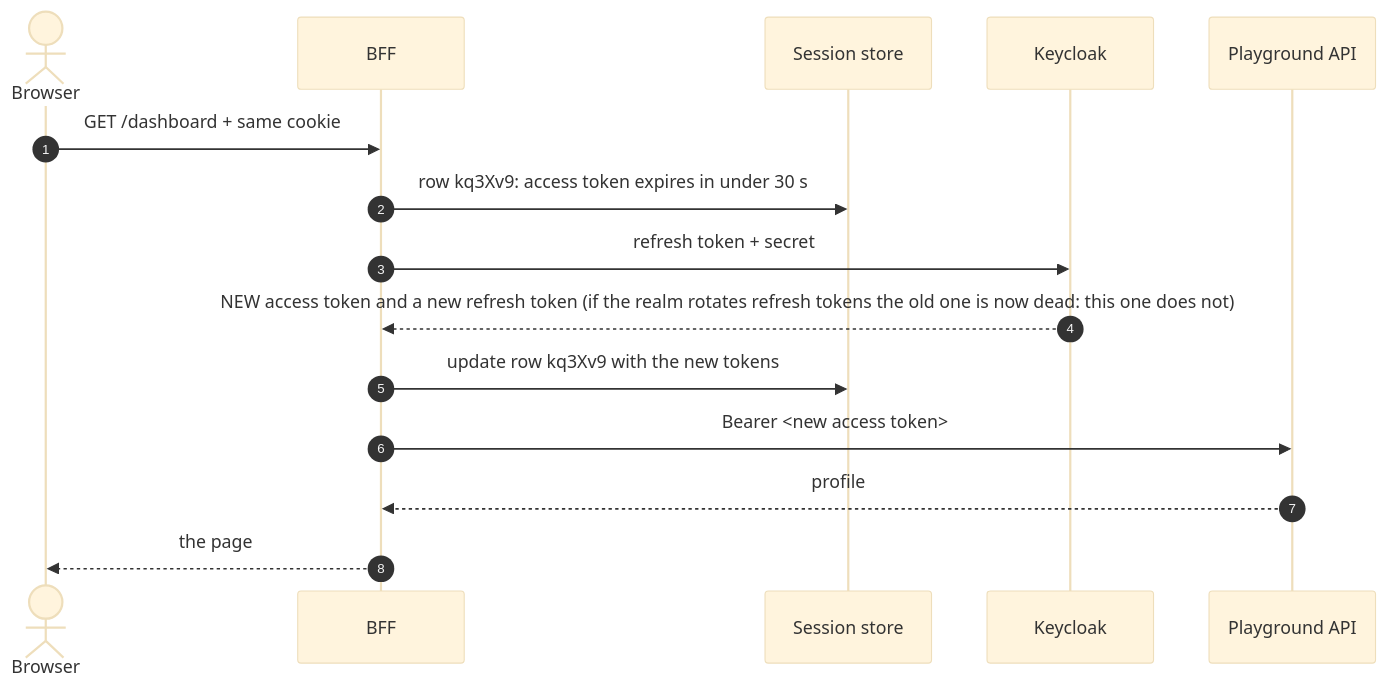
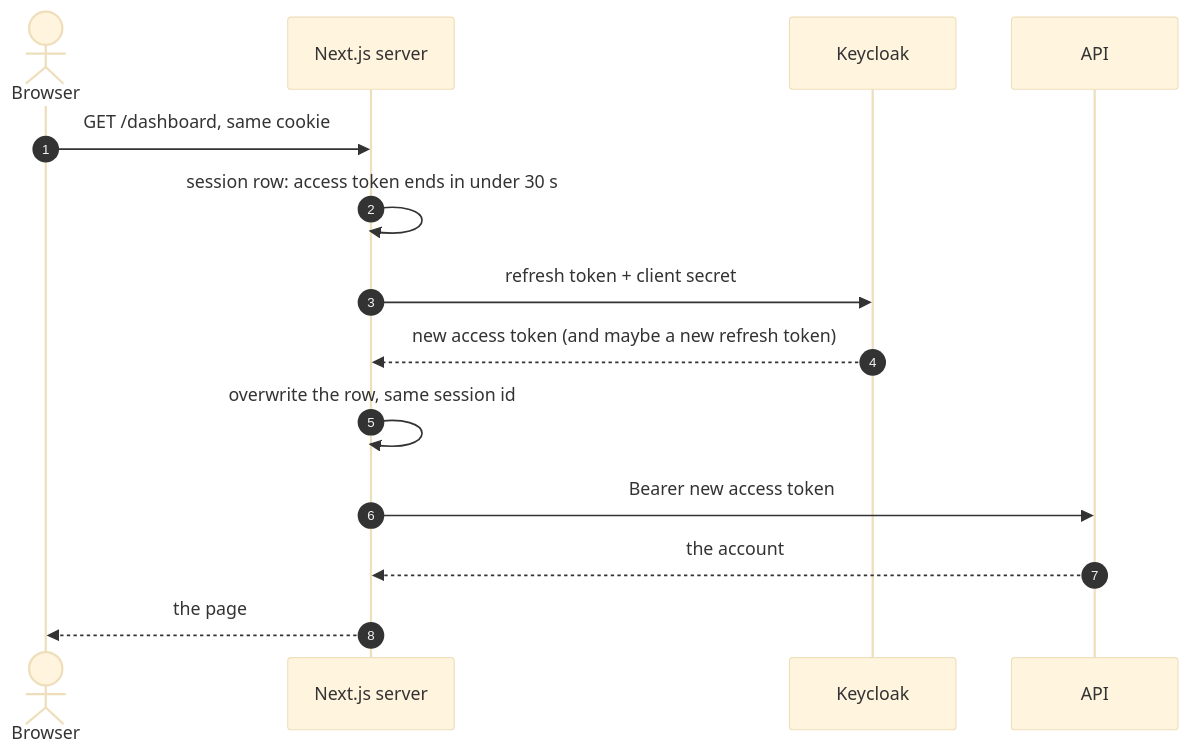
Before and after one commit to Thommans-Playground/playground-keycloak: diagram 20 of 20 in docs/AUTH-STUDY-GUIDE.md, drawn with Mermaid (base theme). The commit also changed other lines of this file, not shown here.

````diff
--- a/docs/AUTH-STUDY-GUIDE.md
+++ b/docs/AUTH-STUDY-GUIDE.md
@@ -1324,17 +1407,16 @@
 ```mermaid
 sequenceDiagram
     autonumber
     actor B as Browser
-    participant N as BFF
-    participant ST as Session store
+    participant N as Next.js server
     participant K as Keycloak
-    participant API as Playground API
-    B->>N: GET /dashboard + same cookie
-    N->>ST: row kq3Xv9: access token expires in under 30 s
-    N->>K: refresh token + secret
-    K-->>N: NEW access token and a new refresh token (if the realm rotates refresh tokens the old one is now dead: this one does not)
-    N->>ST: update row kq3Xv9 with the new tokens
-    N->>API: Bearer <new access token>
-    API-->>N: profile
+    participant API as API
+    B->>N: GET /dashboard, same cookie
+    N->>N: session row: access token ends in under 30 s
+    N->>K: refresh token + client secret
+    K-->>N: new access token (and maybe a new refresh token)
+    N->>N: overwrite the row, same session id
+    N->>API: Bearer new access token
+    API-->>N: the account
     N-->>B: the page
 ```
````
